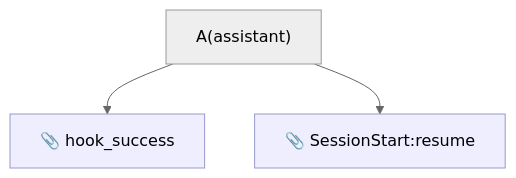
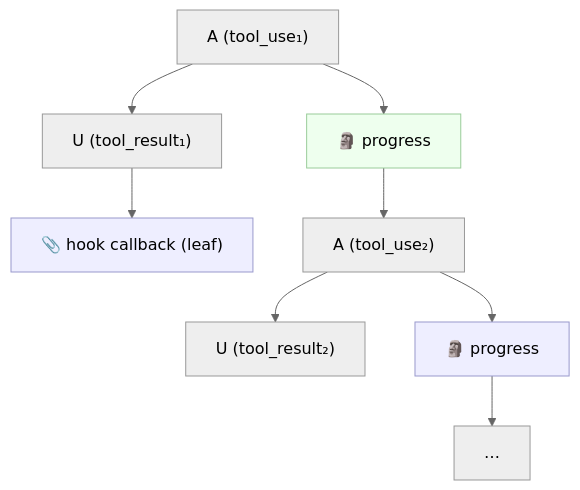
The tenth of 18 diagrams in dev-docs/dag.md (handgemacht-ai/claude-code-log), drawn with Mermaid (neutral theme) before and after one commit. The commit also changed other lines of this file and 4 other files, not shown here.

First line of the commit message:
Linearize assistant-continuation tool-flow forks instead of branching (#214)

````diff
--- a/dev-docs/dag.md
+++ b/dev-docs/dag.md
@@ -390,7 +413,14 @@
 ```mermaid
 graph TD
-    A["A(assistant)"] --> P1["📎 hook_success"]
-    A --> P2["📎 SessionStart:resume"]
+    A1["A (tool_use₁)"] --> U1["U (tool_result₁)"]
+    A1 --> P1["🗿 progress"]
+    U1 --> H1["📎 hook callback (leaf)"]
+    P1 --> A2["A (tool_use₂)"]
+    A2 --> U2["U (tool_result₂)"]
+    A2 --> P2["🗿 progress"]
+    P2 --> rest["…"]
     classDef structural fill:#eef,stroke:#99c
-    class P1,P2 structural
+    classDef live fill:#efe,stroke:#9c9
+    class H1,P2 structural
+    class P1 live
 ```
````
